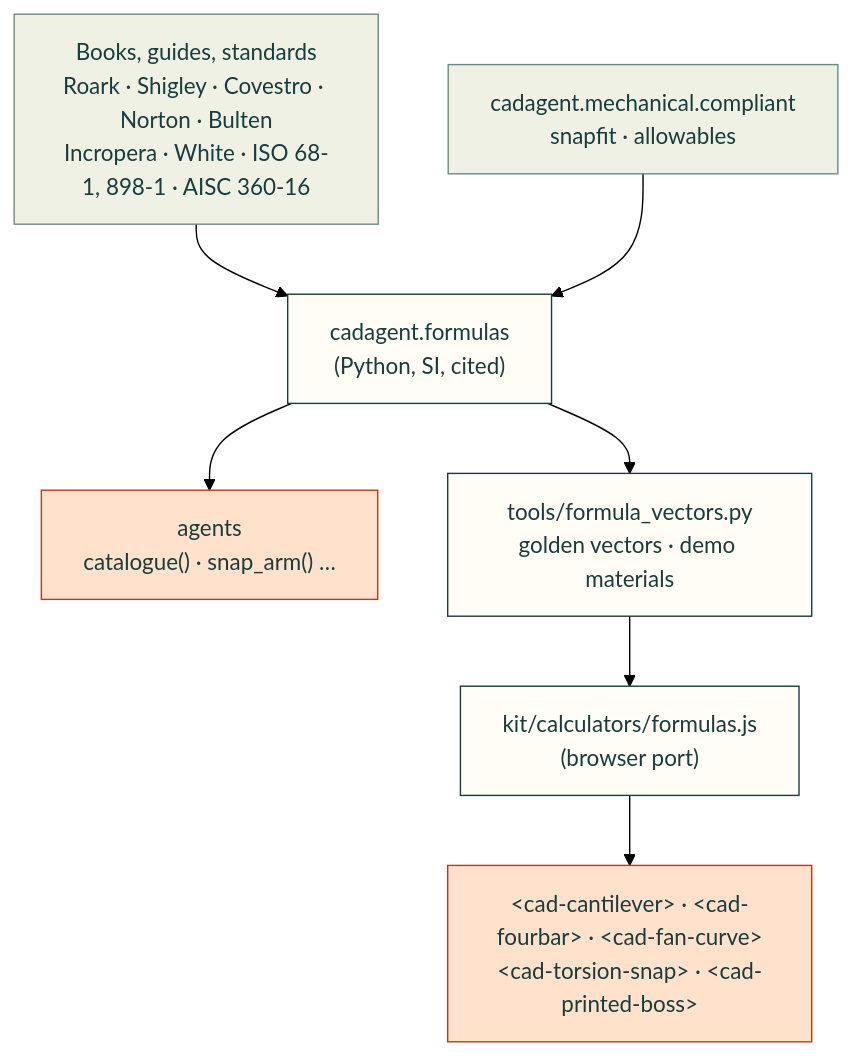
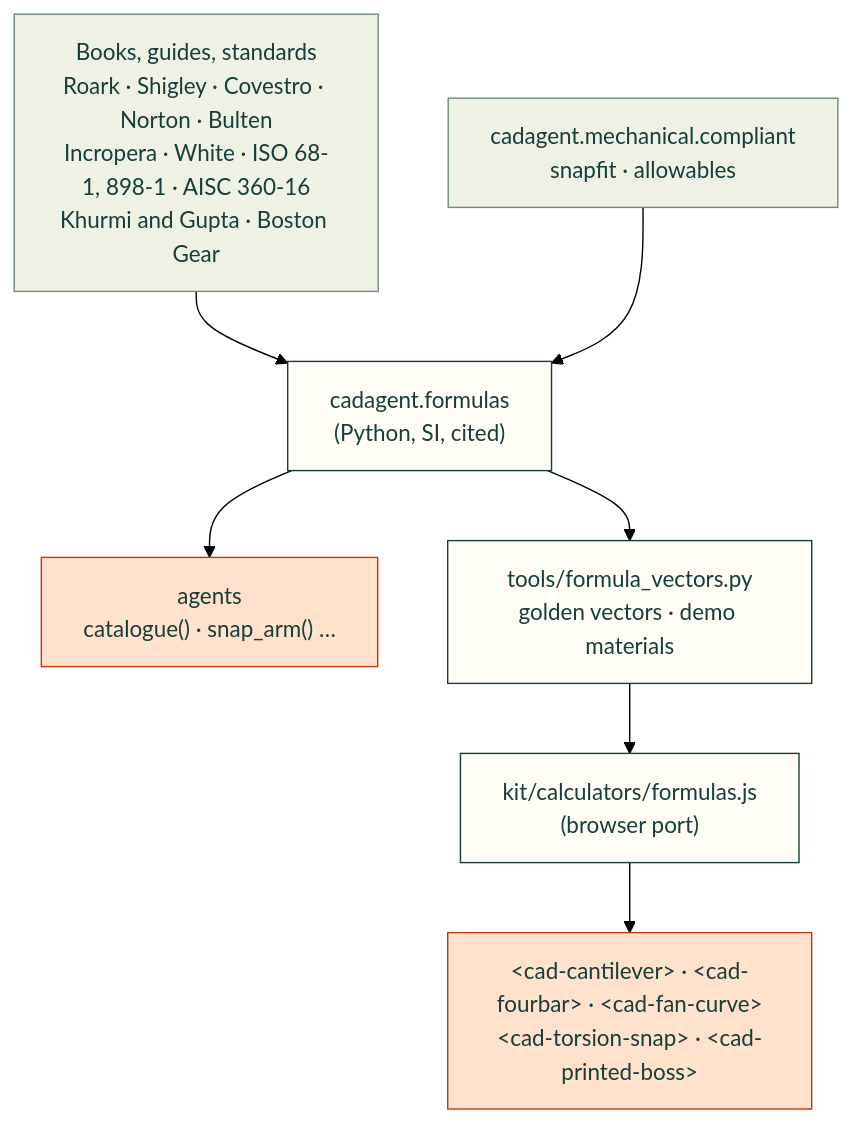
The first of 3 diagrams in docs/formulas.md (Valpatel/cad-agent), drawn with Mermaid (forest theme) before and after one commit. The commit also changed other lines of this file and 6 other files, not shown here.

First line of the commit message:
docs: gear formulas in the formulas page, the READMEs and the reference registry (#721)

````diff
--- a/docs/formulas.md
+++ b/docs/formulas.md
@@ -97,15 +99,15 @@
 ```mermaid
 flowchart TD
-    S["Books, guides, standards<br/>Roark · Shigley · Covestro · Norton · Bulten<br/>Incropera · White · ISO 68-1, 898-1 · AISC 360-16"] --> P["cadagent.formulas<br/>(Python, SI, cited)"]
+    S["Books, guides, standards<br/>Roark · Shigley · Covestro · Norton · Bulten<br/>Incropera · White · ISO 68-1, 898-1 · AISC 360-16<br/>Khurmi and Gupta · Boston Gear"] --> P["cadagent.formulas<br/>(Python, SI, cited)"]
     C["cadagent.mechanical.compliant<br/>snapfit · allowables"] --> P
     P --> A["agents<br/>catalogue() · snap_arm() …"]
     P --> V["tools/formula_vectors.py<br/>golden vectors · demo materials"]
     V --> J["kit/calculators/formulas.js<br/>(browser port)"]
     J --> D["&lt;cad-cantilever&gt; · &lt;cad-fourbar&gt; · &lt;cad-fan-curve&gt;<br/>&lt;cad-torsion-snap&gt; · &lt;cad-printed-boss&gt;"]
     classDef here fill:#fffdf5,stroke:#173d3c,color:#173d3c
     classDef near fill:#eef1e4,stroke:#6f8a80,color:#173d3c
     classDef out fill:#ffe1cc,stroke:#bd3a12,color:#173d3c
     class P,V,J here
     class S,C near
     class A,D out
 ```
````
